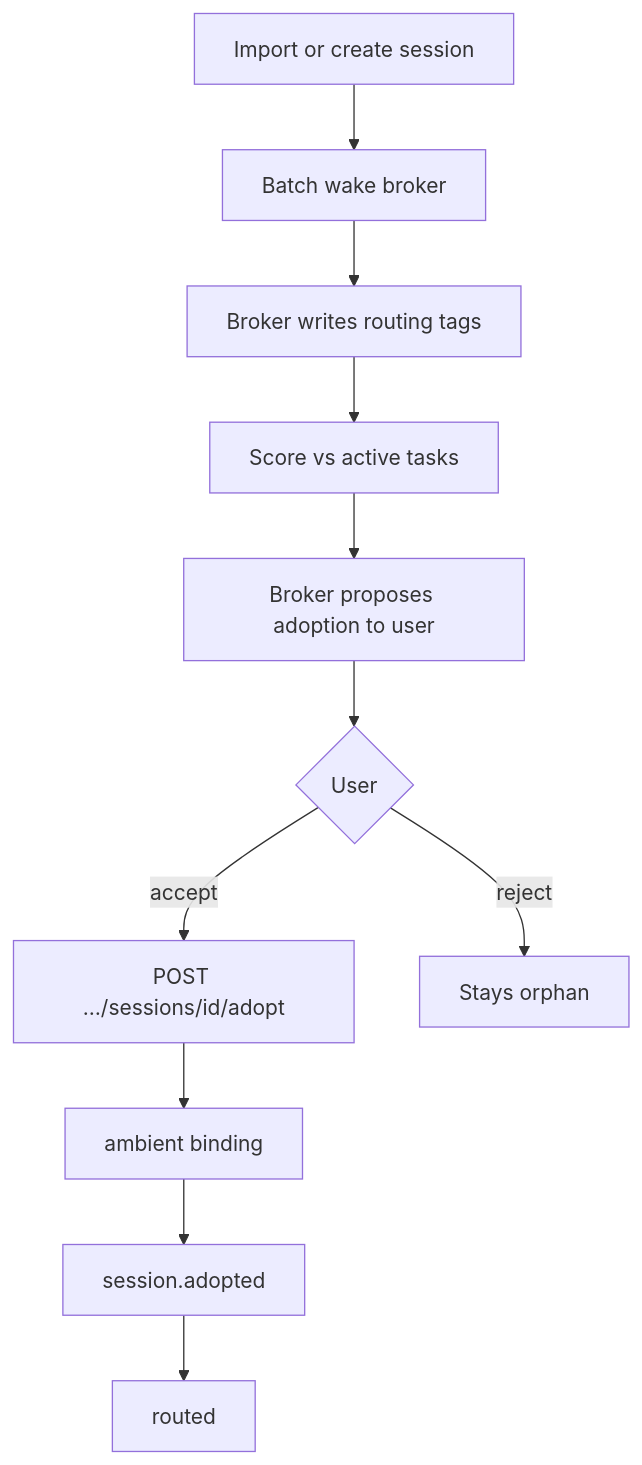
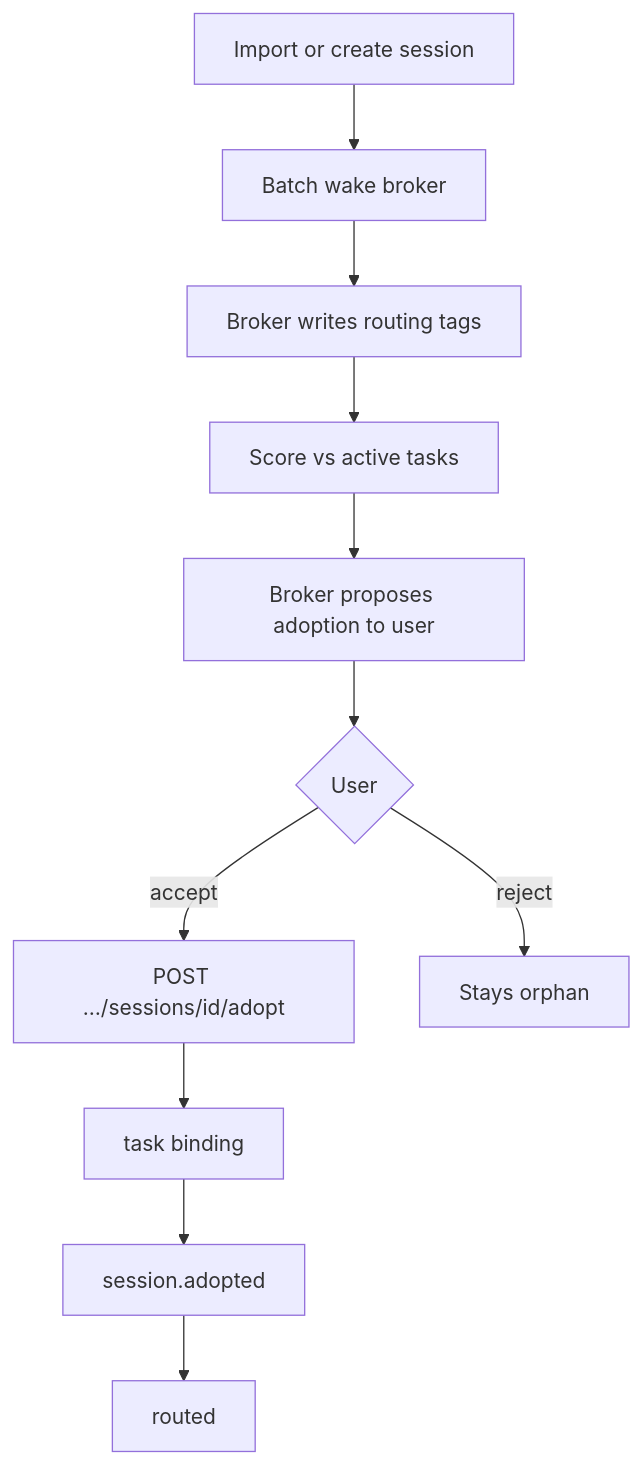
One commit to michaelzenz/omnigent changed the diagram in docs/agent-tasks/SESSION_ADOPTION.md. Above: the diagram before and after it, drawn with Mermaid. The commit also changed other lines of this file and 58 other files, not shown here.

````diff
--- a/docs/agent-tasks/SESSION_ADOPTION.md
+++ b/docs/agent-tasks/SESSION_ADOPTION.md
@@ -25,13 +25,13 @@
 ```mermaid
 flowchart TB
   Trigger[Import or create session] --> Batch[Batch wake broker]
   Batch --> Tags[Broker writes routing tags]
   Tags --> Score[Score vs active tasks]
   Score --> Propose[Broker proposes adoption to user]
   Propose --> User{User}
   User -->|accept| Adopt[POST …/sessions/id/adopt]
   User -->|reject| Orphan[Stays orphan]
-  Adopt --> Bind[ambient binding]
+  Adopt --> Bind[task binding]
   Bind --> Event[session.adopted]
   Event --> Manager[routed]
 ```
````
